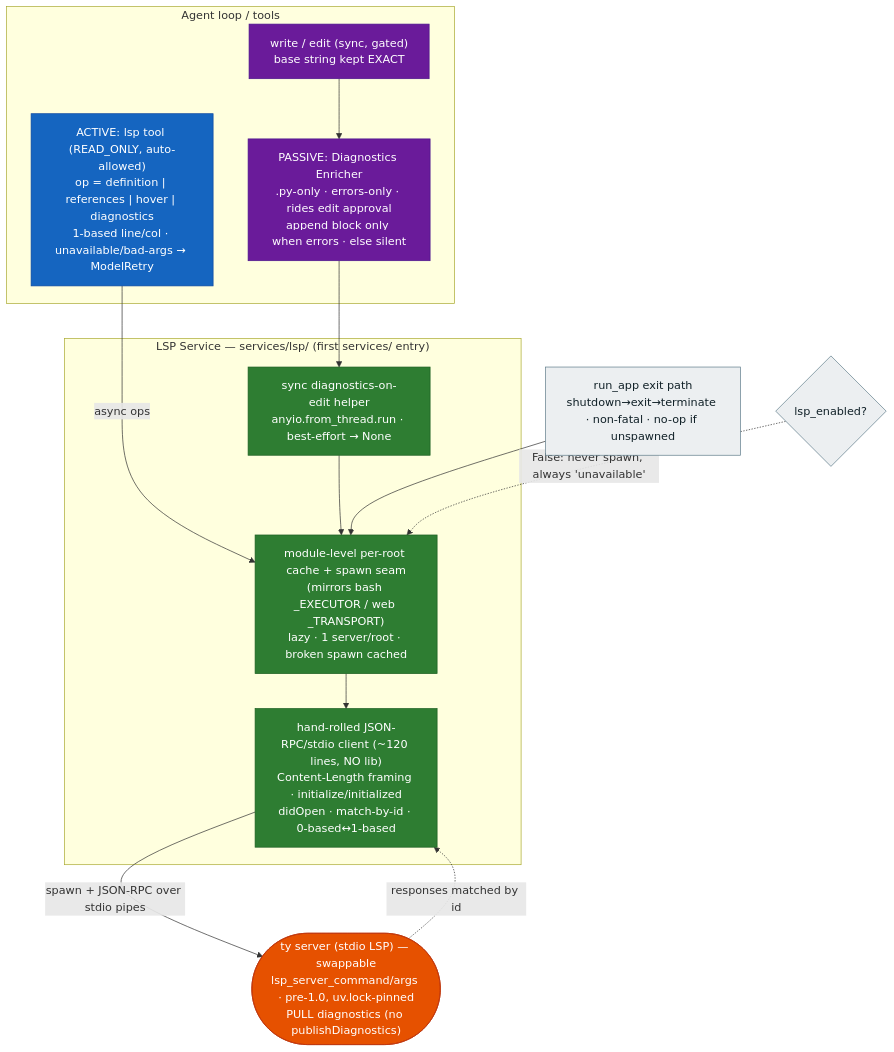
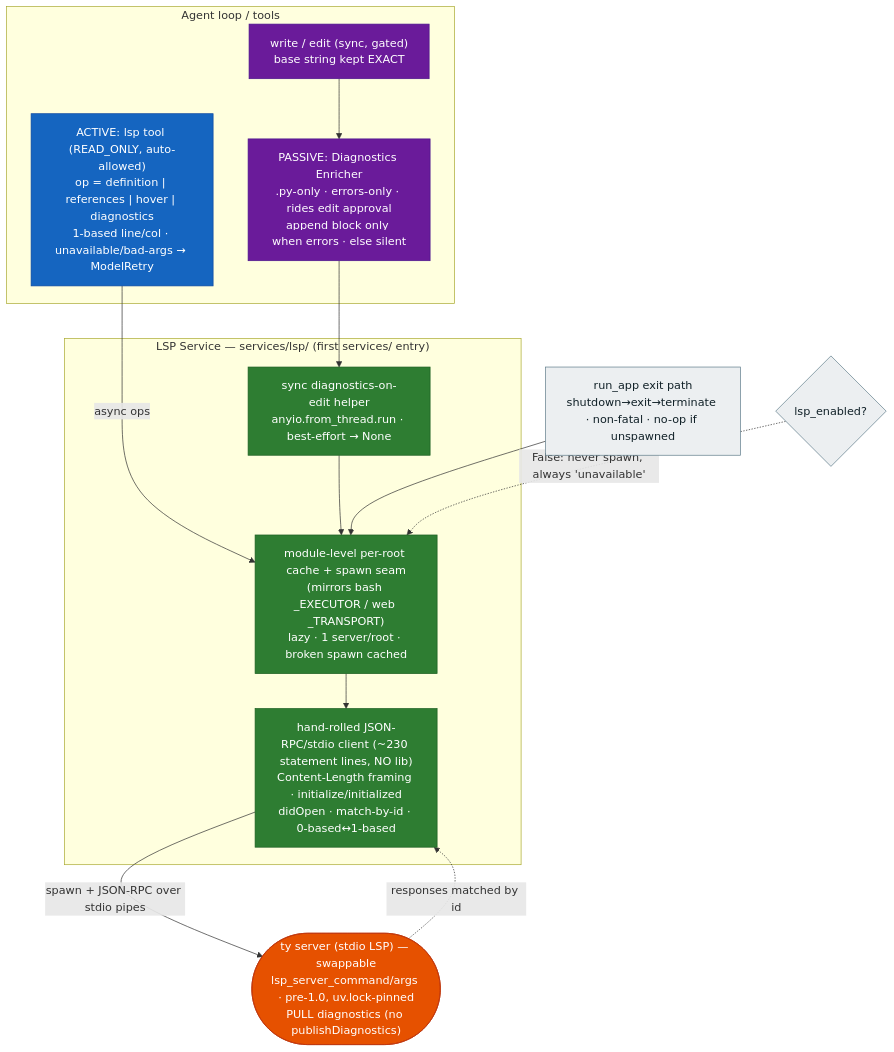
The diagram in docs/adr/0007-lsp-integration.md (decodingai-magazine/building-a-coding-agent-from-scratch-course), drawn with Mermaid before and after one commit. The commit also changed other lines of this file and 3 other files, not shown here.

First line of the commit message:
docs: correct LSP client size figure in ADR-0007

````diff
--- a/docs/adr/0007-lsp-integration.md
+++ b/docs/adr/0007-lsp-integration.md
@@ -96,38 +96,38 @@
 ```mermaid
 flowchart TB
     subgraph agent["Agent loop / tools"]
         lsptool["ACTIVE: lsp tool (READ_ONLY, auto-allowed)<br/>op = definition | references | hover | diagnostics<br/>1-based line/col · unavailable/bad-args → ModelRetry"]
         edit["write / edit (sync, gated)<br/>base string kept EXACT"]
         enrich["PASSIVE: Diagnostics Enricher<br/>.py-only · errors-only · rides edit approval<br/>append block only when errors · else silent"]
     end
 
     subgraph svc["LSP Service — services/lsp/ (first services/ entry)"]
         seam["module-level per-root cache + spawn seam<br/>(mirrors bash _EXECUTOR / web _TRANSPORT)<br/>lazy · 1 server/root · broken spawn cached"]
-        client["hand-rolled JSON-RPC/stdio client (~120 lines, NO lib)<br/>Content-Length framing · initialize/initialized<br/>didOpen · match-by-id · 0-based↔1-based"]
+        client["hand-rolled JSON-RPC/stdio client (~230 statement lines, NO lib)<br/>Content-Length framing · initialize/initialized<br/>didOpen · match-by-id · 0-based↔1-based"]
         bridge["sync diagnostics-on-edit helper<br/>anyio.from_thread.run · best-effort → None"]
     end
 
     server(["ty server (stdio LSP) — swappable<br/>lsp_server_command/args · pre-1.0, uv.lock-pinned<br/>PULL diagnostics (no publishDiagnostics)"])
 
     lsptool -->|async ops| seam
     edit --> enrich --> bridge --> seam
     seam --> client -->|spawn + JSON-RPC over stdio pipes| server
     server -.responses matched by id.-> client
 
     exitp["run_app exit path<br/>shutdown→exit→terminate · non-fatal · no-op if unspawned"]
     exitp --> seam
 
     gate{"lsp_enabled?"}
     gate -.False: never spawn, always 'unavailable'.-> seam
 
     classDef active fill:#1565c0,stroke:#0d47a1,color:#ffffff;
     classDef passive fill:#6a1b9a,stroke:#4a148c,color:#ffffff;
     classDef service fill:#2e7d32,stroke:#1b5e20,color:#ffffff;
     classDef ext fill:#e65100,stroke:#bf360c,color:#ffffff;
     classDef plain fill:#eceff1,stroke:#607d8b,color:#102027;
     class lsptool active;
     class edit,enrich passive;
     class seam,client,bridge service;
     class server ext;
     class exitp,gate plain;
 ```
````
